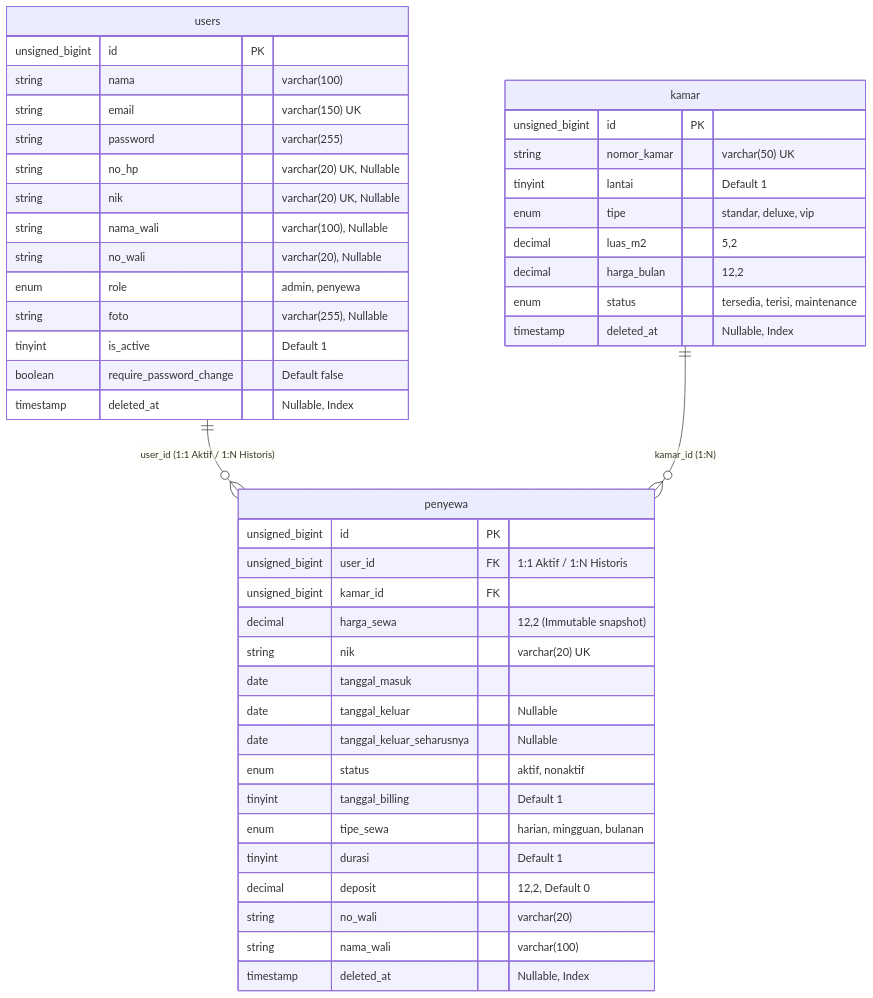
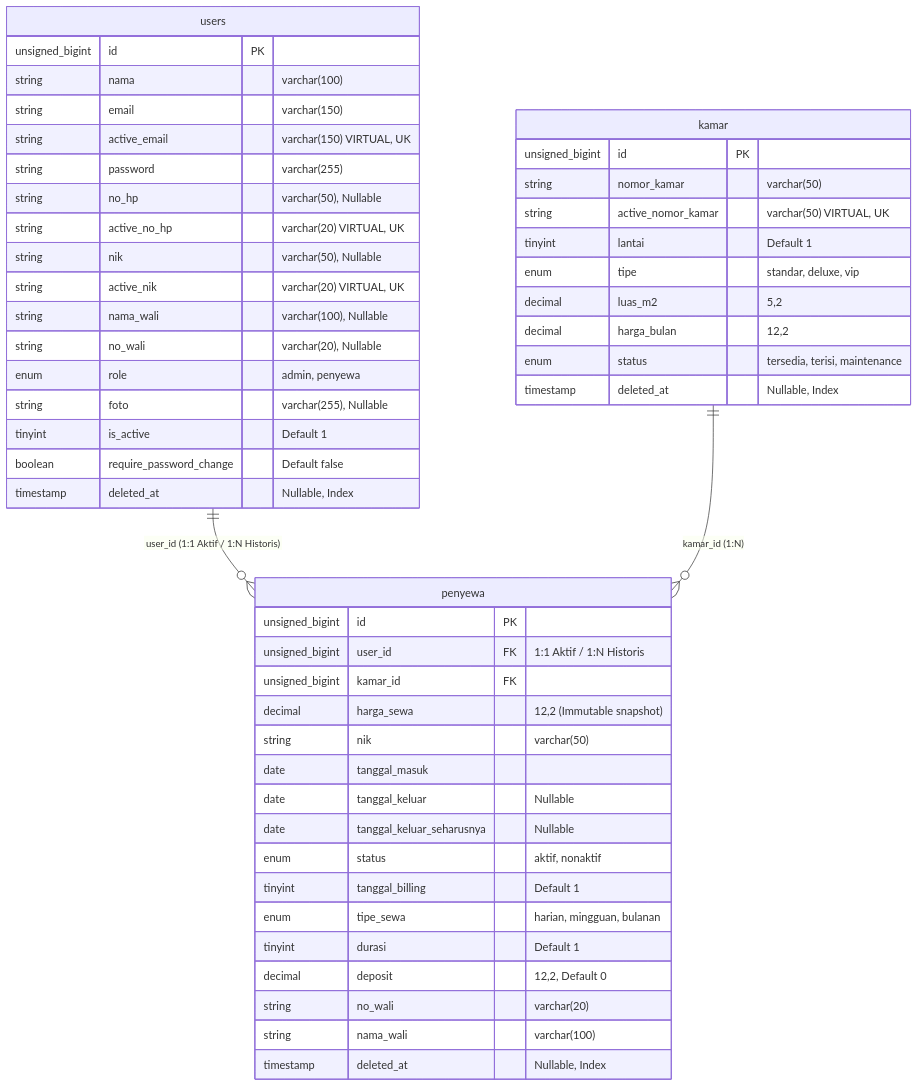
The diagram in Blueprint/erd/erd_relasi_users_kamar_penyewa.mmd (rafifarsyapradiva/asri-boarding-house), drawn with Mermaid before and after one commit. The commit also changed 35 other files, not shown here.

Commit message:
docs(erd): audit rekonstruksi struktur data, penyempurnaan visual & finalisasi mutlak ERD 22 entitas (v239.0)

```diff
--- a/Blueprint/erd/erd_relasi_users_kamar_penyewa.mmd
+++ b/Blueprint/erd/erd_relasi_users_kamar_penyewa.mmd
@@ -1,47 +1,51 @@
 erDiagram
     users ||--o{ penyewa : "user_id (1:1 Aktif / 1:N Historis)"
     kamar ||--o{ penyewa : "kamar_id (1:N)"
     
     users {
         unsigned_bigint id PK
         string nama "varchar(100)"
-        string email "varchar(150) UK"
+        string email "varchar(150)"
+        string active_email "varchar(150) VIRTUAL, UK"
         string password "varchar(255)"
-        string no_hp "varchar(20) UK, Nullable"
-        string nik "varchar(20) UK, Nullable"
+        string no_hp "varchar(50), Nullable"
+        string active_no_hp "varchar(20) VIRTUAL, UK"
+        string nik "varchar(50), Nullable"
+        string active_nik "varchar(20) VIRTUAL, UK"
         string nama_wali "varchar(100), Nullable"
         string no_wali "varchar(20), Nullable"
         enum role "admin, penyewa"
         string foto "varchar(255), Nullable"
         tinyint is_active "Default 1"
         boolean require_password_change "Default false"
         timestamp deleted_at "Nullable, Index"
     }
     penyewa {
         unsigned_bigint id PK
         unsigned_bigint user_id FK "1:1 Aktif / 1:N Historis"
         unsigned_bigint kamar_id FK
         decimal harga_sewa "12,2 (Immutable snapshot)"
-        string nik "varchar(20) UK"
+        string nik "varchar(50)"
         date tanggal_masuk
         date tanggal_keluar "Nullable"
         date tanggal_keluar_seharusnya "Nullable"
         enum status "aktif, nonaktif"
         tinyint tanggal_billing "Default 1"
         enum tipe_sewa "harian, mingguan, bulanan"
         tinyint durasi "Default 1"
         decimal deposit "12,2, Default 0"
         string no_wali "varchar(20)"
         string nama_wali "varchar(100)"
         timestamp deleted_at "Nullable, Index"
     }
     kamar {
         unsigned_bigint id PK
-        string nomor_kamar "varchar(50) UK"
+        string nomor_kamar "varchar(50)"
+        string active_nomor_kamar "varchar(50) VIRTUAL, UK"
         tinyint lantai "Default 1"
         enum tipe "standar, deluxe, vip"
         decimal luas_m2 "5,2"
         decimal harga_bulan "12,2"
         enum status "tersedia, terisi, maintenance"
         timestamp deleted_at "Nullable, Index"
     }
```
